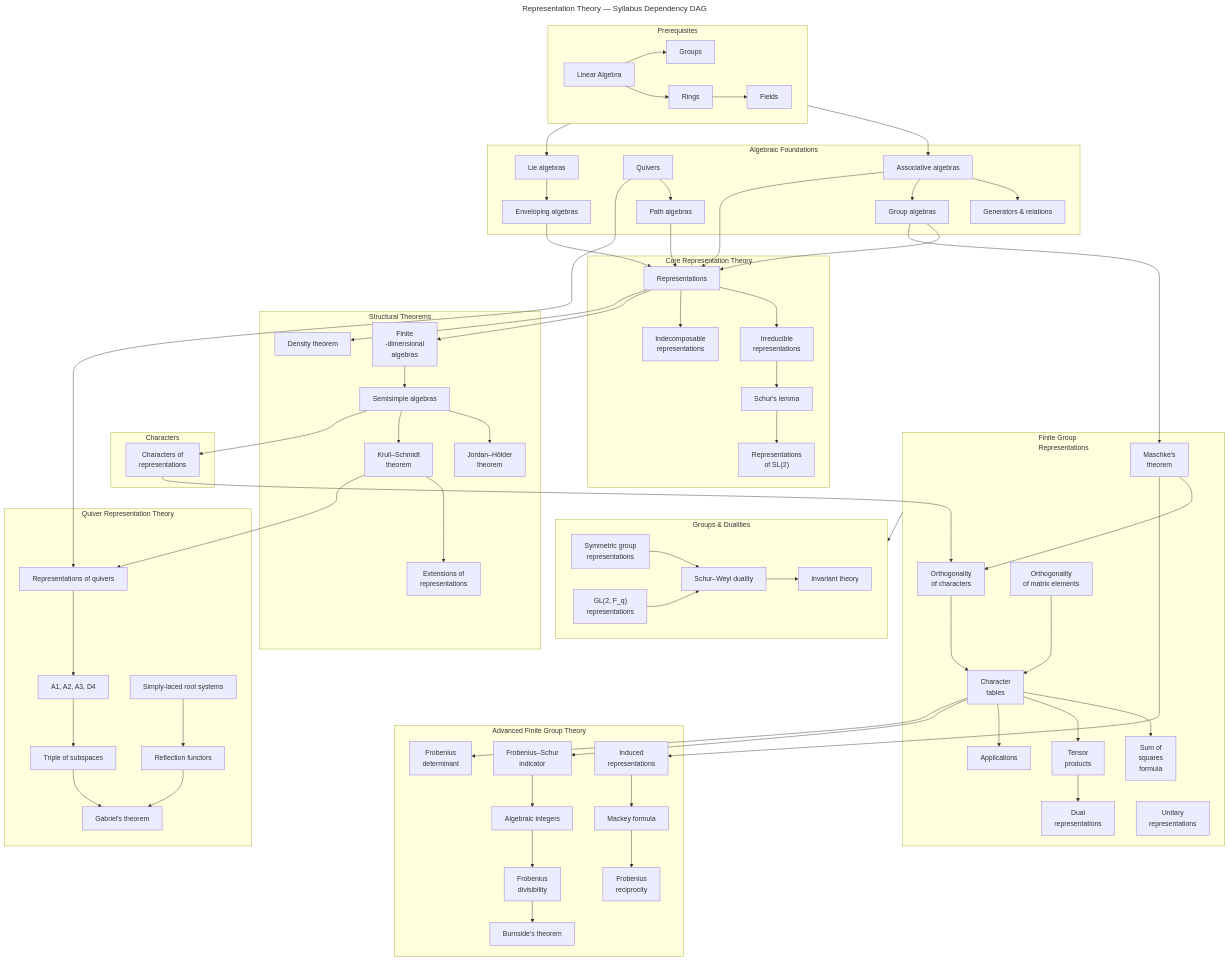
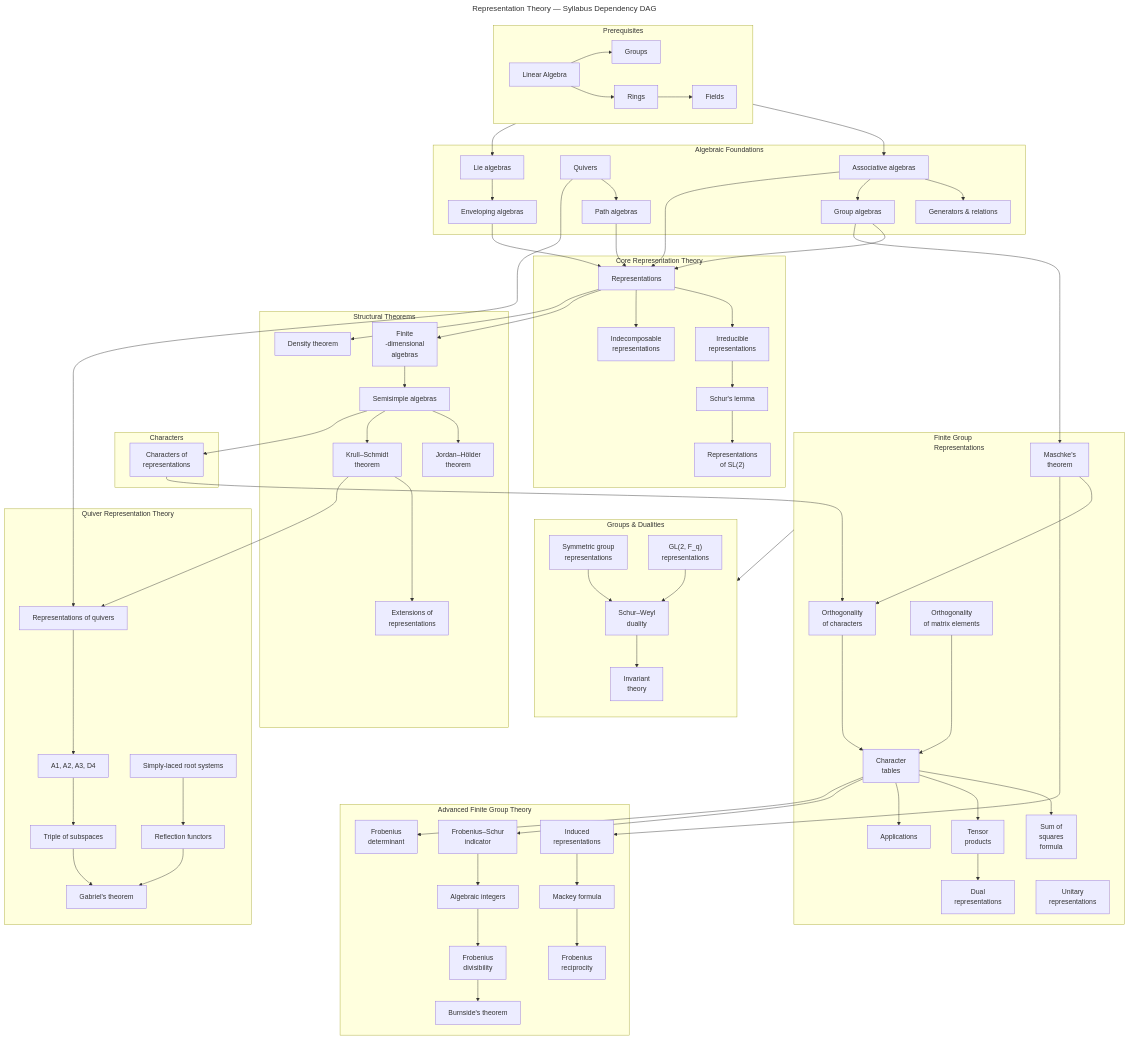
One commit to sohale/cs-glossaries changed the fourth of 4 diagrams in math-ml/representation-theory.md. Above: the diagram before and after it, drawn with Mermaid.

Commit message:
Fix formatting in representation theory document
Updated formatting for Schur-Weyl duality and invariant theory.

```diff
--- a/math-ml/representation-theory.md
+++ b/math-ml/representation-theory.md
@@ -286,10 +286,11 @@
 %% Families and Dualities
 %% =========================
 subgraph families [Groups & Dualities]
+    direction TB
     GL2["GL(2, F_q)<br>representations"]
     Symmetric[Symmetric group <br> representations]
-    SchurWeyl[Schur–Weyl duality]
-    Invariant[Invariant theory]
+    SchurWeyl[Schur–Weyl  <br> duality]
+    Invariant[Invariant  <br> theory]
 
     Symmetric --> SchurWeyl
     GL2 --> SchurWeyl
```
